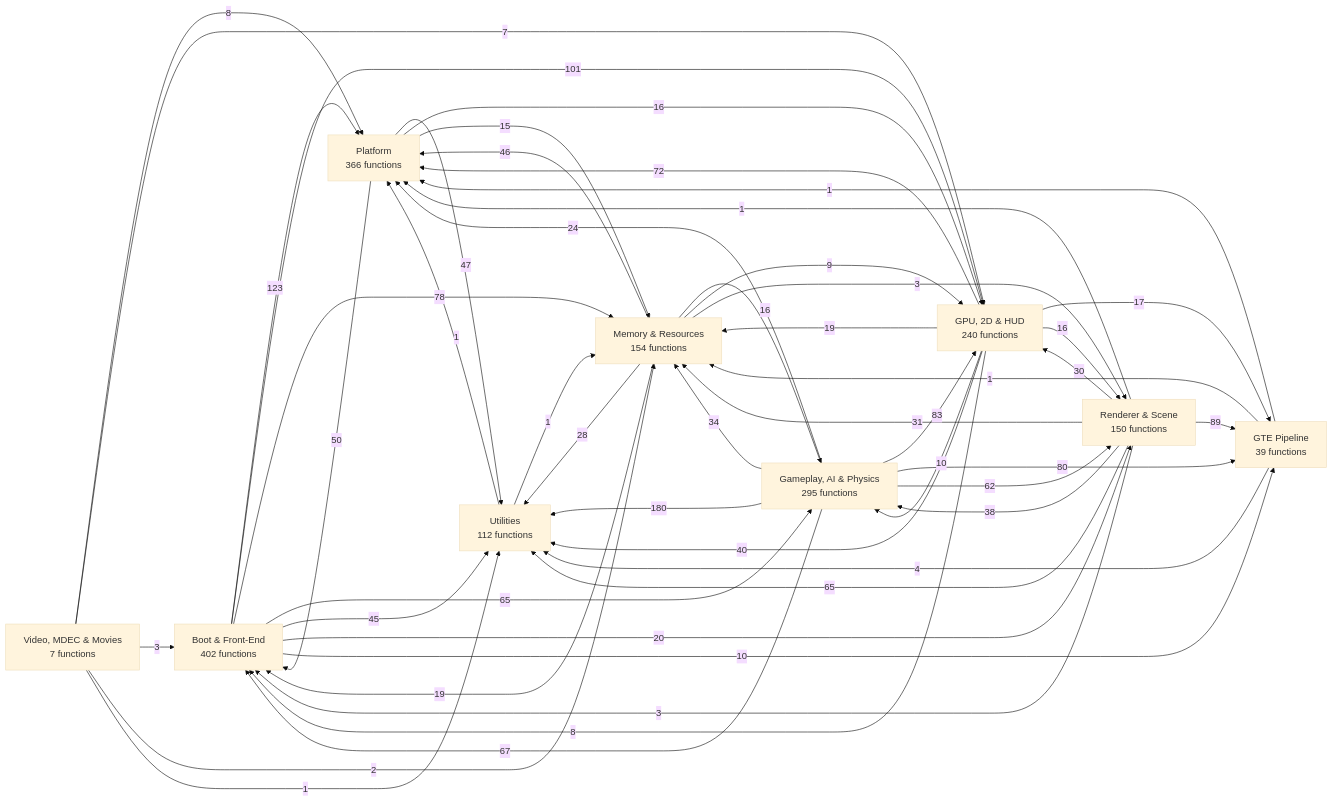
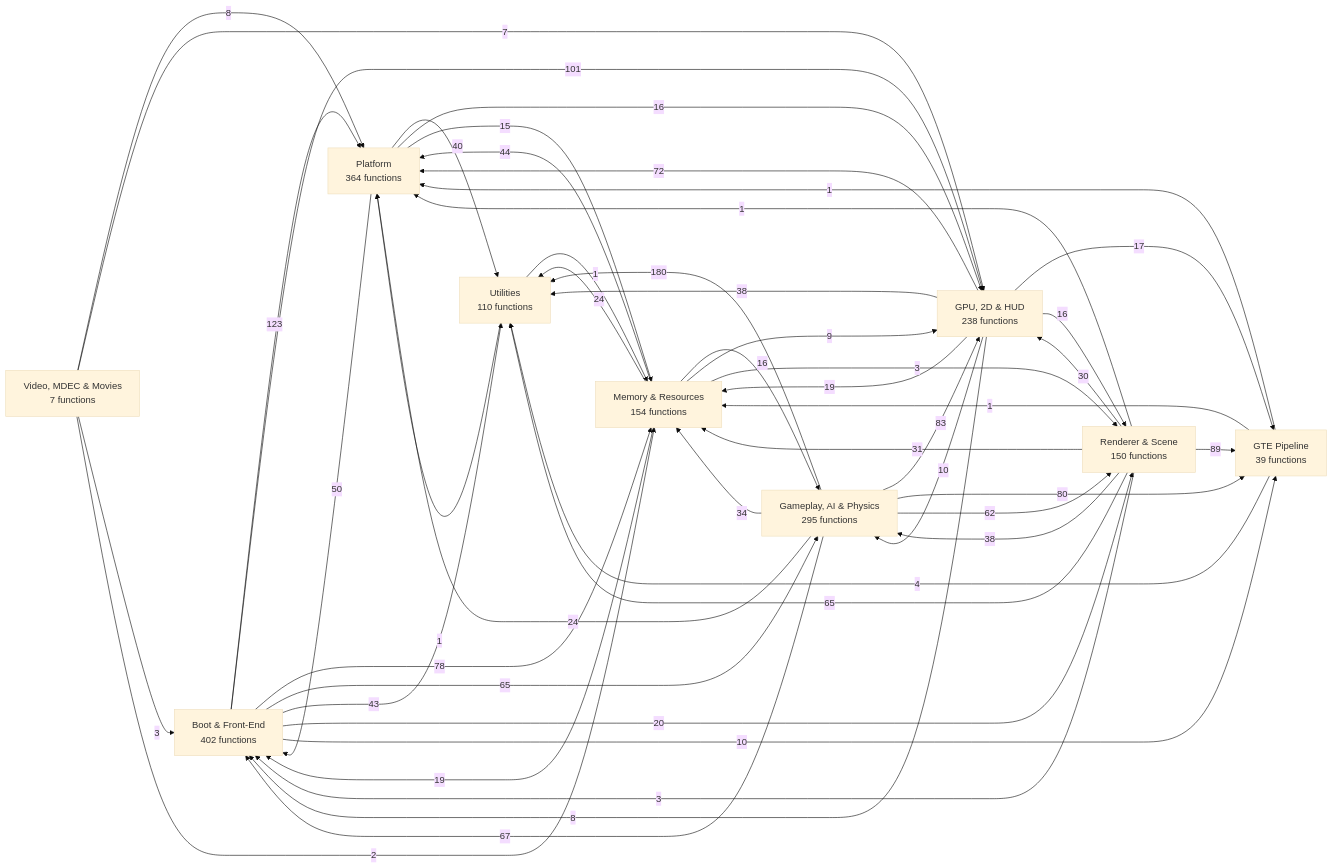
Before and after one commit to kai-luni/Future-Cop-L.A.P.D-PS1: the first of 11 diagrams in docs/FUNCTION_MAP.md, drawn with Mermaid (base theme). The commit also changed other lines of this file and 165 other files, not shown here.

````diff
--- a/docs/FUNCTION_MAP.md
+++ b/docs/FUNCTION_MAP.md
@@ -13,60 +13,59 @@
 ```mermaid
 graph LR
     g0["Boot & Front-End<br/>402 functions"]
     g1["Memory & Resources<br/>154 functions"]
     g2["Video, MDEC & Movies<br/>7 functions"]
     g3["GTE Pipeline<br/>39 functions"]
     g4["Renderer & Scene<br/>150 functions"]
-    g5["GPU, 2D & HUD<br/>240 functions"]
+    g5["GPU, 2D & HUD<br/>238 functions"]
     g6["Gameplay, AI & Physics<br/>295 functions"]
-    g7["Platform<br/>366 functions"]
-    g8["Utilities<br/>112 functions"]
+    g7["Platform<br/>364 functions"]
+    g8["Utilities<br/>110 functions"]
     g6 -->|180| g8
     g0 -->|123| g7
     g0 -->|101| g5
     g4 -->|89| g3
     g6 -->|83| g5
     g6 -->|80| g3
     g0 -->|78| g1
     g5 -->|72| g7
     g6 -->|67| g0
     g0 -->|65| g6
     g4 -->|65| g8
     g6 -->|62| g4
     g7 -->|50| g0
-    g7 -->|47| g8
-    g1 -->|46| g7
-    g0 -->|45| g8
-    g5 -->|40| g8
+    g1 -->|44| g7
+    g0 -->|43| g8
+    g7 -->|40| g8
+    g5 -->|38| g8
     g4 -->|38| g6
     g6 -->|34| g1
     g4 -->|31| g1
     g4 -->|30| g5
-    g1 -->|28| g8
     g6 -->|24| g7
+    g1 -->|24| g8
     g0 -->|20| g4
     g5 -->|19| g1
     g1 -->|19| g0
     g5 -->|17| g3
     g5 -->|16| g4
     g1 -->|16| g6
     g7 -->|16| g5
     g7 -->|15| g1
     g0 -->|10| g3
     g5 -->|10| g6
     g1 -->|9| g5
     g5 -->|8| g0
     g2 -->|8| g7
     g2 -->|7| g5
     g3 -->|4| g8
     g1 -->|3| g4
     g4 -->|3| g0
     g2 -->|3| g0
     g2 -->|2| g1
     g3 -->|1| g1
     g3 -->|1| g7
     g4 -->|1| g7
     g8 -->|1| g1
     g8 -->|1| g7
-    g2 -->|1| g8
 ```
````
